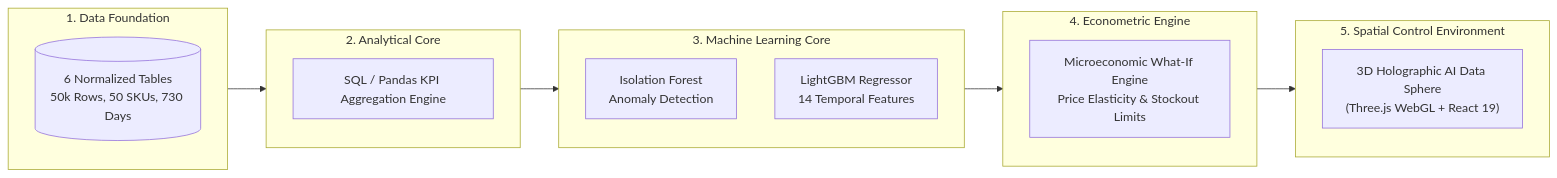
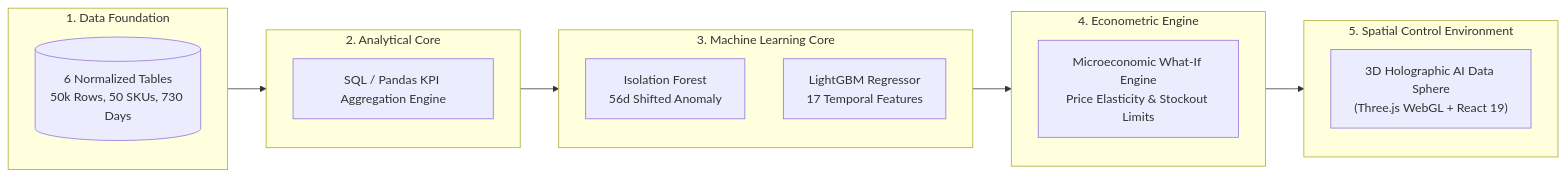
One commit to NguyenTriBaoThang/DecisionPilotAI changed the diagram in docs/research-proposal.md. Above: the diagram before and after it, drawn with Mermaid. The commit also changed 67 other files, not shown here.

````diff
--- a/docs/research-proposal.md
+++ b/docs/research-proposal.md
@@ -38,28 +38,28 @@
 ```mermaid
 flowchart LR
     subgraph Data["1. Data Foundation"]
         DB[("6 Normalized Tables<br/>50k Rows, 50 SKUs, 730 Days")]
     end
     
     subgraph Analytical["2. Analytical Core"]
         SQL["SQL / Pandas KPI Aggregation Engine"]
     end
     
     subgraph ML["3. Machine Learning Core"]
-        IF["Isolation Forest<br/>Anomaly Detection"]
-        LGBM["LightGBM Regressor<br/>14 Temporal Features"]
+        IF["Isolation Forest<br/>56d Shifted Anomaly"]
+        LGBM["LightGBM Regressor<br/>17 Temporal Features"]
     end
     
     subgraph Econometric["4. Econometric Engine"]
         Sim["Microeconomic What-If Engine<br/>Price Elasticity & Stockout Limits"]
     end
     
     subgraph SpatialUI["5. Spatial Control Environment"]
         Three["3D Holographic AI Data Sphere<br/>(Three.js WebGL + React 19)"]
     end
     
     Data --> Analytical
     Analytical --> ML
     ML --> Econometric
     Econometric --> SpatialUI
 ```
````
